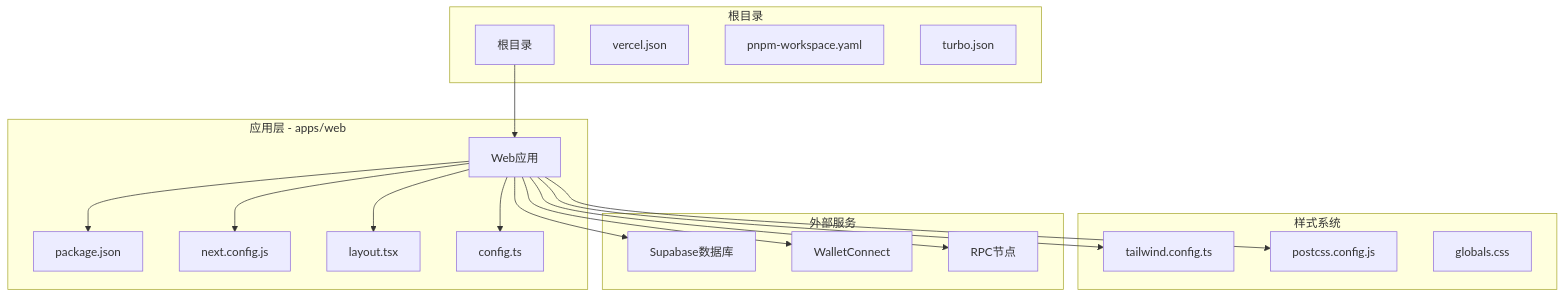
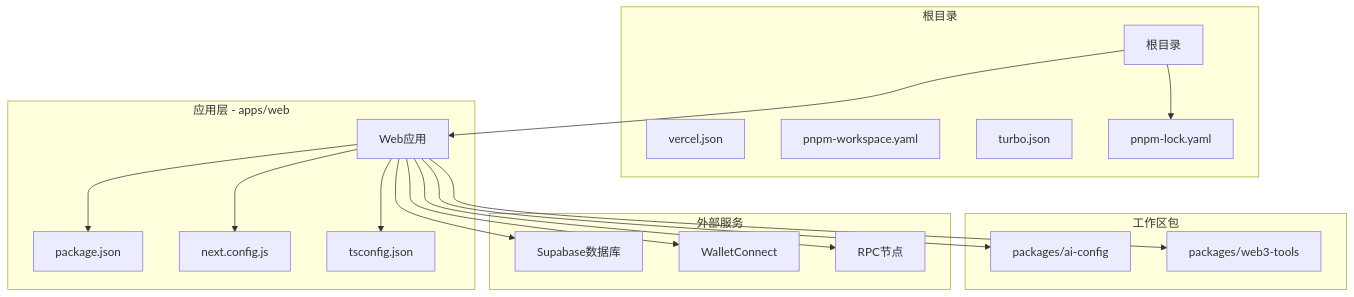
Before and after one commit to CryptoLinxu/Web3-AI-Agent: the first of 10 diagrams in .qoder/repowiki/zh/content/项目概述/部署指南/Vercel部署FAQ.md, drawn with Mermaid. The commit also changed other lines of this file and 5 other files, not shown here.

````diff
--- a/.qoder/repowiki/zh/content/项目概述/部署指南/Vercel部署FAQ.md
+++ b/.qoder/repowiki/zh/content/项目概述/部署指南/Vercel部署FAQ.md
@@ -40,36 +45,35 @@
 ```mermaid
 graph TB
 subgraph "根目录"
 Root[根目录]
 VercelJSON[vercel.json]
 PnpmWorkspace[pnpm-workspace.yaml]
 Turbo[turbo.json]
+PnpmLock[pnpm-lock.yaml]
 end
 subgraph "应用层 - apps/web"
 WebApp[Web应用]
 PackageJSON[package.json]
 NextConfig[next.config.js]
-Layout[layout.tsx]
-Config[config.ts]
+TSConfig[tsconfig.json]
 end
-subgraph "样式系统"
-Tailwind[tailwind.config.ts]
-PostCSS[postcss.config.js]
-Globals[globals.css]
+subgraph "工作区包"
+AIConfig[packages/ai-config]
+Web3Tools[packages/web3-tools]
 end
 subgraph "外部服务"
 Supabase[Supabase数据库]
 WalletConnect[WalletConnect]
 RPC[RPC节点]
 end
 Root --> WebApp
+Root --> PnpmLock
 WebApp --> PackageJSON
 WebApp --> NextConfig
-WebApp --> Layout
-WebApp --> Config
-WebApp --> Tailwind
-WebApp --> PostCSS
+WebApp --> TSConfig
+WebApp --> AIConfig
+WebApp --> Web3Tools
 WebApp --> Supabase
 WebApp --> WalletConnect
 WebApp --> RPC
 ```
````
